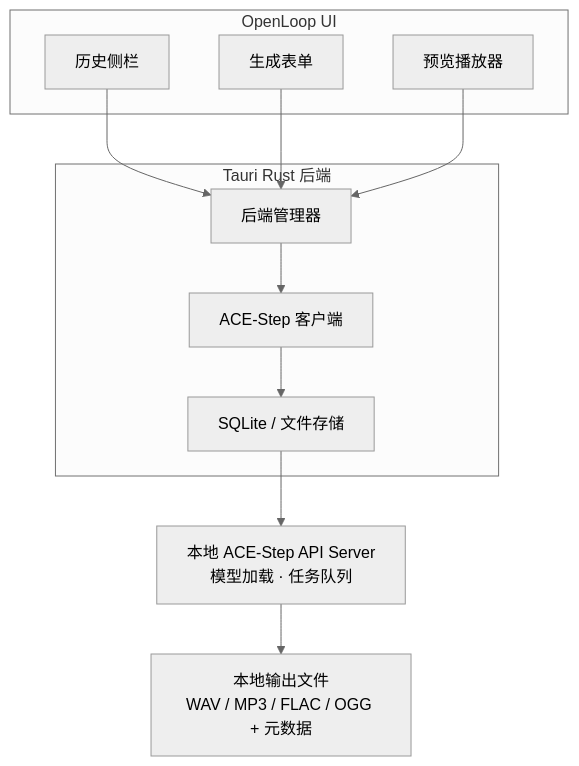
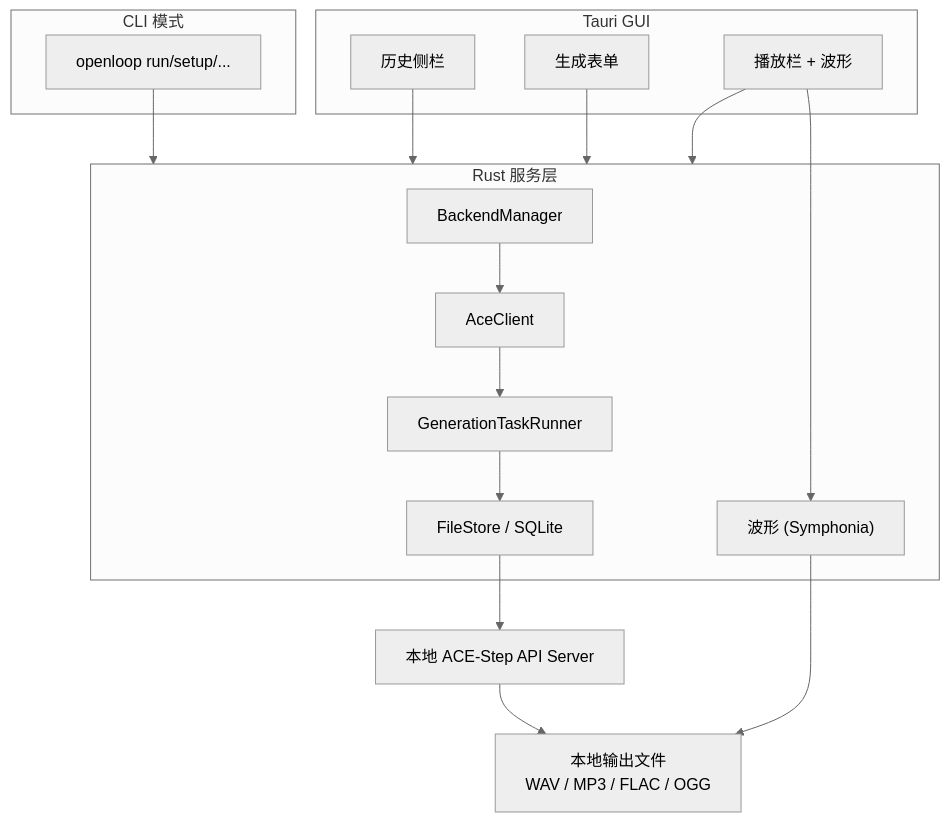
Before and after one commit to thedavidweng/OpenLoop: the diagram in README_CN.md, drawn with Mermaid (neutral theme). The commit also changed other lines of this file and 21 other files, not shown here.

````diff
--- a/README_CN.md
+++ b/README_CN.md
@@ -152,19 +190,27 @@
 ```mermaid
 flowchart TB
-  subgraph UI["OpenLoop UI"]
+  subgraph CLI["CLI 模式"]
+    CLI_ENTRY["openloop run/setup/..."]
+  end
+
+  subgraph UI["Tauri GUI"]
     H["历史侧栏"]
     G["生成表单"]
-    P["预览播放器"]
+    P["播放栏 + 波形"]
   end
 
-  subgraph BE["Tauri Rust 后端"]
-    BM["后端管理器"]
-    AC["ACE-Step 客户端"]
-    SF["SQLite / 文件存储"]
+  subgraph BE["Rust 服务层"]
+    BM["BackendManager"]
+    AC["AceClient"]
+    TR["GenerationTaskRunner"]
+    SF["FileStore / SQLite"]
+    WA["波形 (Symphonia)"]
   end
 
-  H --> BM
-  G --> BM
-  P --> BM
-  BM --> AC --> SF --> API["本地 ACE-Step API Server<br/>模型加载 · 任务队列"] --> OUT["本地输出文件<br/>WAV / MP3 / FLAC / OGG + 元数据"]
+  CLI_ENTRY --> BE
+  H --> BE
+  G --> BE
+  P --> BE
+  BM --> AC --> TR --> SF --> API["本地 ACE-Step API Server"] --> OUT["本地输出文件<br/>WAV / MP3 / FLAC / OGG"]
+  P --> WA --> OUT
 ```
````
